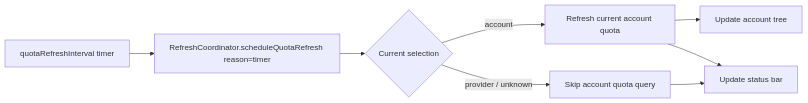
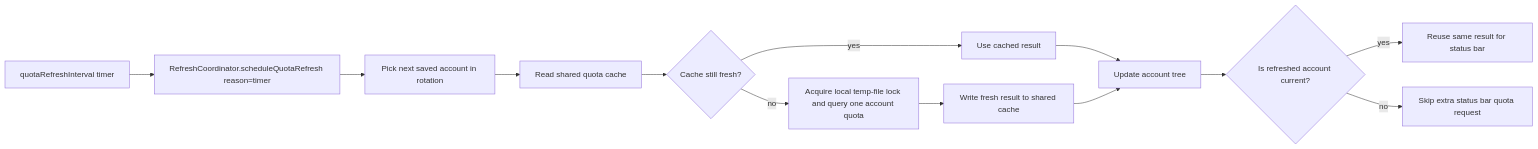
One commit to jqknono/codex-account-switch changed the diagram in docs/quota-auto-refresh.md. Above: the diagram before and after it, drawn with Mermaid. The commit also changed other lines of this file and 21 other files, not shown here.

````diff
--- a/docs/quota-auto-refresh.md
+++ b/docs/quota-auto-refresh.md
@@ -14,10 +17,15 @@
 ```mermaid
 flowchart LR
   A[quotaRefreshInterval timer] --> B[RefreshCoordinator.scheduleQuotaRefresh reason=timer]
-  B --> C{Current selection}
-  C -->|account| D[Refresh current account quota]
-  C -->|provider / unknown| E[Skip account quota query]
-  D --> F[Update account tree]
-  D --> G[Update status bar]
-  E --> G
+  B --> C[Pick next saved account in rotation]
+  C --> D[Read shared quota cache]
+  D --> E{Cache still fresh?}
+  E -->|yes| F[Use cached result]
+  E -->|no| G[Acquire local temp-file lock and query one account quota]
+  G --> H[Write fresh result to shared cache]
+  F --> I[Update account tree]
+  H --> I
+  I --> J{Is refreshed account current?}
+  J -->|yes| K[Reuse same result for status bar]
+  J -->|no| L[Skip extra status bar quota request]
 ```
````
